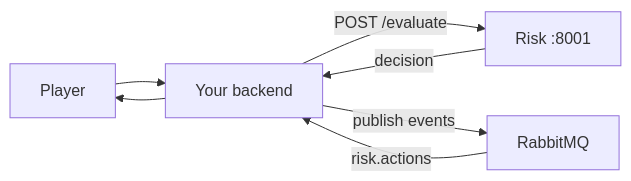
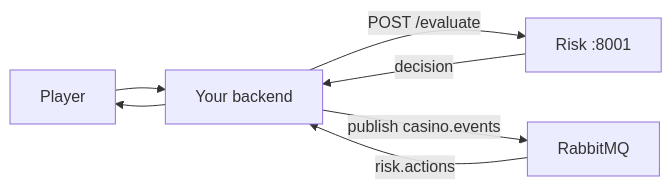
The diagram in anti-fraud-system/README.md (cr4all/casino-api-contract), drawn with Mermaid before and after one commit. The commit also changed other lines of this file, not shown here.

````diff
--- a/anti-fraud-system/README.md
+++ b/anti-fraud-system/README.md
@@ -193,9 +268,9 @@
 ```mermaid
 flowchart LR
     P[Player] --> B[Your backend]
     B -->|POST /evaluate| R[Risk :8001]
-    B -->|publish events| Q[RabbitMQ]
+    B -->|publish casino.events| Q[RabbitMQ]
     Q -->|risk.actions| B
     R -->|decision| B
     B --> P
 ```
````
